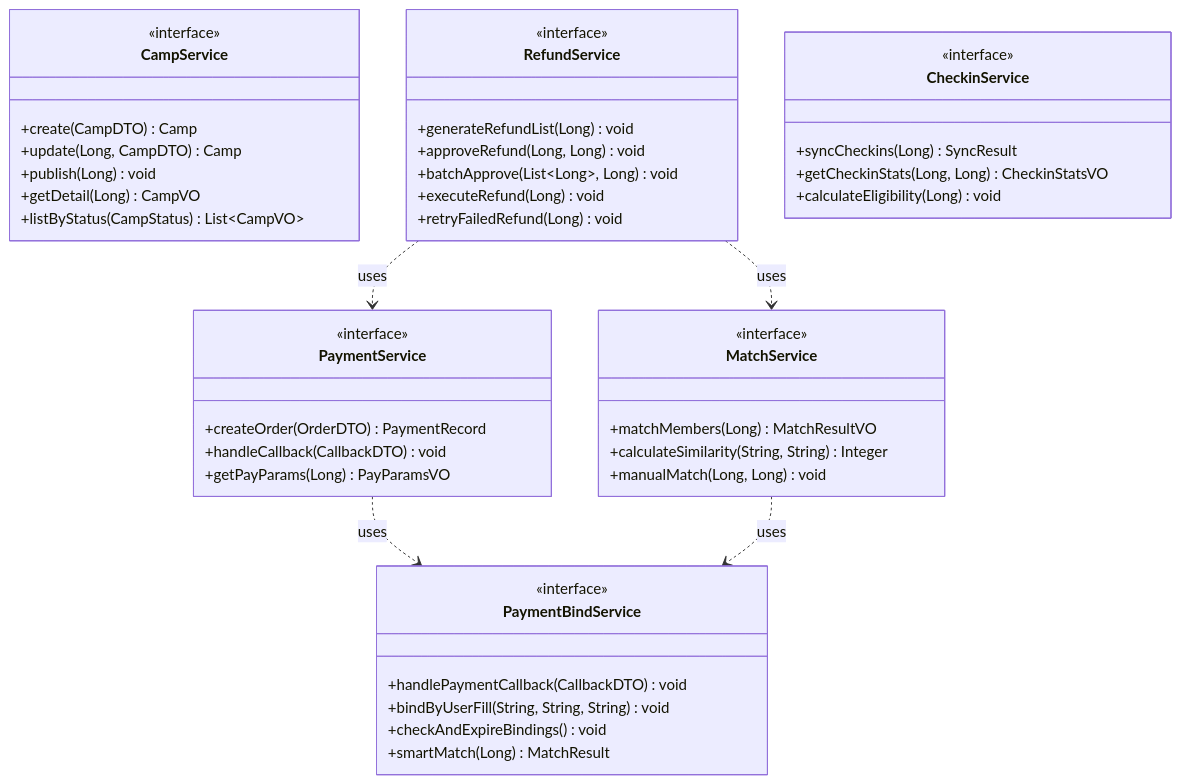
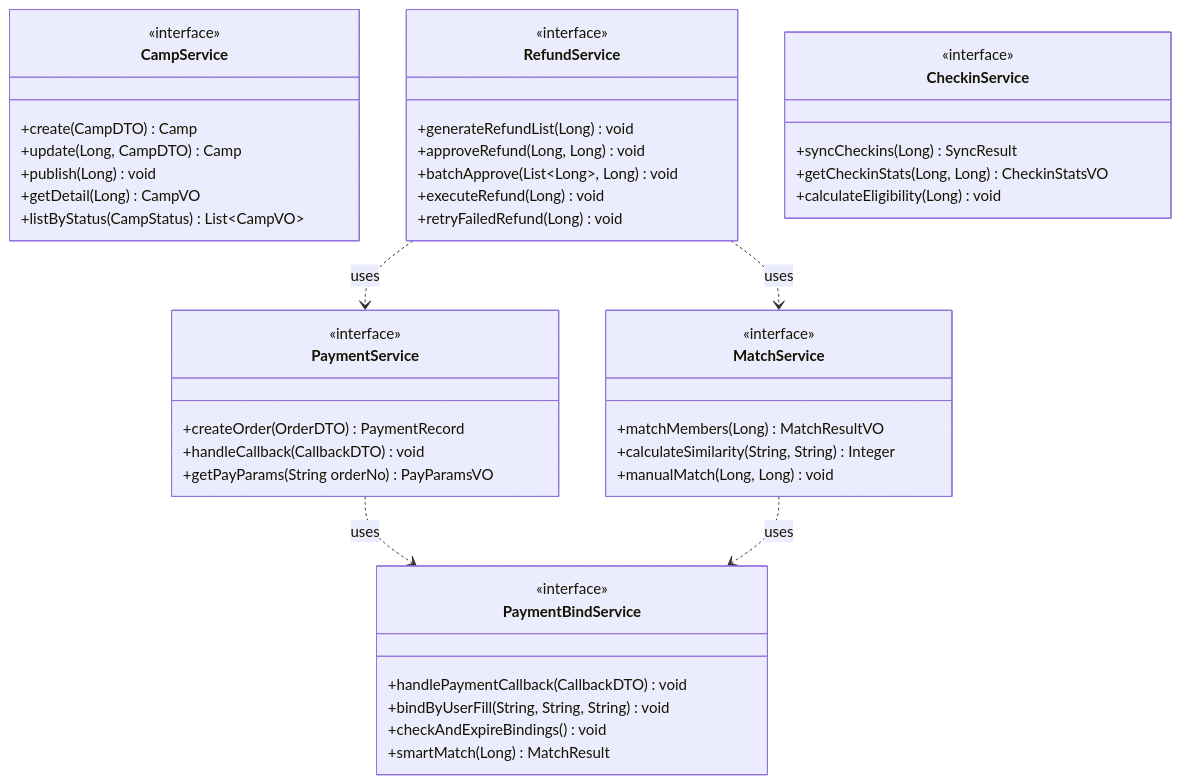
One commit to yiancode/AutoDepositRefundAgent changed diagram 42 of 54 in docs/v1/技术方案.md. Above: the diagram before and after it, drawn with Mermaid. The commit also changed 1 other file, not shown here.

Commit message:
docs(v1): 修复文档一致性问题（第五批）
1. 修复技术方案 Service 方法签名
   - PaymentService.getPayParams(Long) 改为 getPayParams(String orderNo)
   - 与 API 使用 orderNo 作为标识符保持一致

2. 修复接口文档时序图路径
   - 所有 /h5/... 路径改为 /api/h5/...
   - /payments/{id}/params 改为 /payments/{orderNo}/params
   - 补充 accessToken 相关说明

3. 修复使用场景示例路径
   - 12.1 和 12.2 场景中的路径统一为 /api/h5/... 格式

🤖 Generated with [Claude Code](https://claude.com/claude-code)

````diff
--- a/docs/v1/技术方案.md
+++ b/docs/v1/技术方案.md
@@ -2067,54 +2067,54 @@
 ```mermaid
 classDiagram
     class CampService {
         <<interface>>
         +create(CampDTO) Camp
         +update(Long, CampDTO) Camp
         +publish(Long) void
         +getDetail(Long) CampVO
         +listByStatus(CampStatus) List~CampVO~
     }
 
     class PaymentService {
         <<interface>>
         +createOrder(OrderDTO) PaymentRecord
         +handleCallback(CallbackDTO) void
-        +getPayParams(Long) PayParamsVO
+        +getPayParams(String orderNo) PayParamsVO
     }
 
     class PaymentBindService {
         <<interface>>
         +handlePaymentCallback(CallbackDTO) void
         +bindByUserFill(String, String, String) void
         +checkAndExpireBindings() void
         +smartMatch(Long) MatchResult
     }
 
     class MatchService {
         <<interface>>
         +matchMembers(Long) MatchResultVO
         +calculateSimilarity(String, String) Integer
         +manualMatch(Long, Long) void
     }
 
     class RefundService {
         <<interface>>
         +generateRefundList(Long) void
         +approveRefund(Long, Long) void
         +batchApprove(List~Long~, Long) void
         +executeRefund(Long) void
         +retryFailedRefund(Long) void
     }
 
     class CheckinService {
         <<interface>>
         +syncCheckins(Long) SyncResult
         +getCheckinStats(Long, Long) CheckinStatsVO
         +calculateEligibility(Long) void
     }
 
     PaymentService ..> PaymentBindService : uses
     RefundService ..> MatchService : uses
     RefundService ..> PaymentService : uses
     MatchService ..> PaymentBindService : uses
 ```
````
